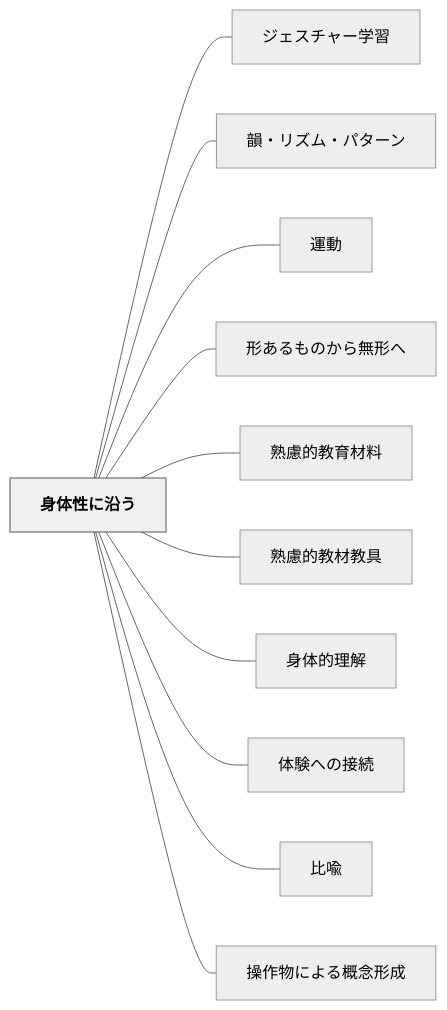
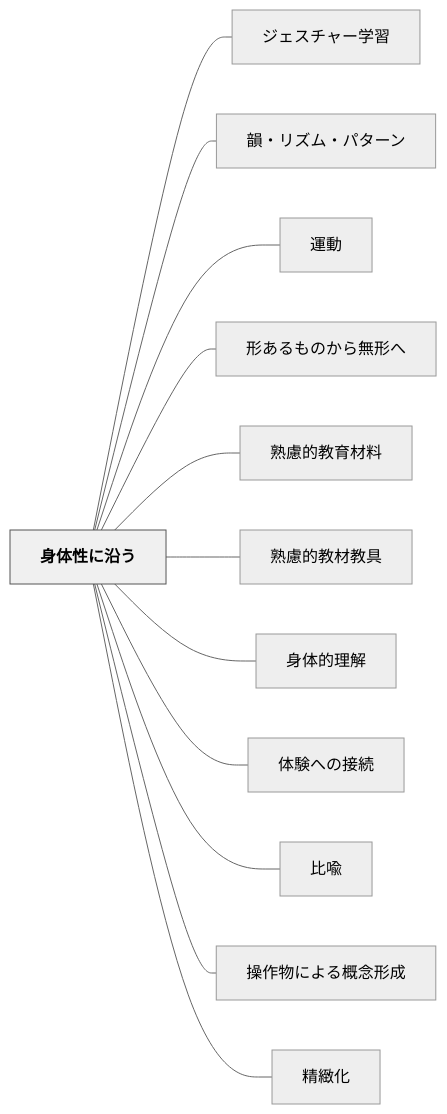
Before and after one commit to unknownthings-ed-patterns/unknownthings-ed-patterns: the diagram in content/パタン/身体性に沿う.md, drawn with Mermaid (neutral theme). The commit also changed other lines of this file and 76 other files, not shown here.

````diff
--- a/content/パタン/身体性に沿う.md
+++ b/content/パタン/身体性に沿う.md
@@ -74,28 +75,30 @@
 ```mermaid
 flowchart LR
     ne8baabe4bd93e680a7e381abe6b2bfe38186["身体性に沿う"]
     ne382b8e382a7e382b9e38381e383a3e383bce5ada6e7bf92["ジェスチャー学習"]
     ne99fbbe383bbe383aae382bae383a0e383bbe38391e382bfe383bce383b3["韻・リズム・パターン"]
     ne9818be58b95["運動"]
     ne5bda2e38182e3828be38282e381aee3818be38289e784a1e5bda2e381b8["形あるものから無形へ"]
     ne7869fe685aee79a84e69599e882b2e69d90e69699["熟慮的教育材料"]
     ne7869fe685aee79a84e69599e69d90e69599e585b7["熟慮的教材教具"]
     ne8baabe4bd93e79a84e79086e8a7a3["身体的理解"]
     ne4bd93e9a893e381b8e381aee68ea5e7b69a["体験への接続"]
     ne6af94e596a9["比喩"]
     ne6938de4bd9ce789a9e381abe38288e3828be6a682e5bfb5e5bda2e68890["操作物による概念形成"]
+    ne7b2bee7b7bbe58c96["精緻化"]
 
     ne8baabe4bd93e680a7e381abe6b2bfe38186 --- ne382b8e382a7e382b9e38381e383a3e383bce5ada6e7bf92
     ne8baabe4bd93e680a7e381abe6b2bfe38186 --- ne99fbbe383bbe383aae382bae383a0e383bbe38391e382bfe383bce383b3
     ne8baabe4bd93e680a7e381abe6b2bfe38186 --- ne9818be58b95
     ne8baabe4bd93e680a7e381abe6b2bfe38186 --- ne5bda2e38182e3828be38282e381aee3818be38289e784a1e5bda2e381b8
     ne8baabe4bd93e680a7e381abe6b2bfe38186 --- ne7869fe685aee79a84e69599e882b2e69d90e69699
     ne8baabe4bd93e680a7e381abe6b2bfe38186 --- ne7869fe685aee79a84e69599e69d90e69599e585b7
     ne8baabe4bd93e680a7e381abe6b2bfe38186 --- ne8baabe4bd93e79a84e79086e8a7a3
     ne8baabe4bd93e680a7e381abe6b2bfe38186 --- ne4bd93e9a893e381b8e381aee68ea5e7b69a
     ne8baabe4bd93e680a7e381abe6b2bfe38186 --- ne6af94e596a9
     ne8baabe4bd93e680a7e381abe6b2bfe38186 --- ne6938de4bd9ce789a9e381abe38288e3828be6a682e5bfb5e5bda2e68890
+    ne8baabe4bd93e680a7e381abe6b2bfe38186 --- ne7b2bee7b7bbe58c96
 
     classDef hub fill:#f0f0f0,stroke:#555,color:#000,font-weight:bold
     class ne8baabe4bd93e680a7e381abe6b2bfe38186 hub
 ```
````
